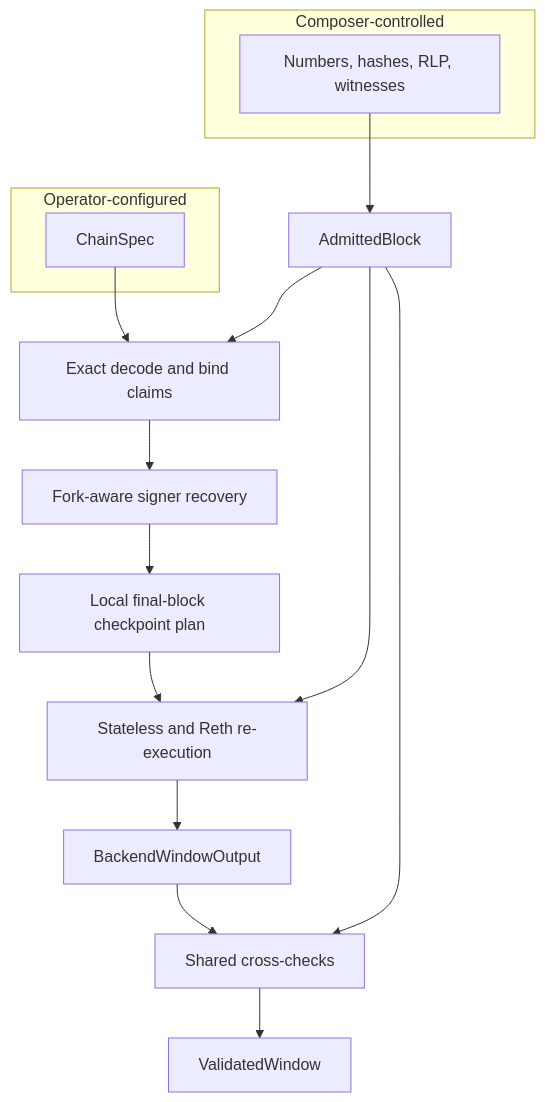
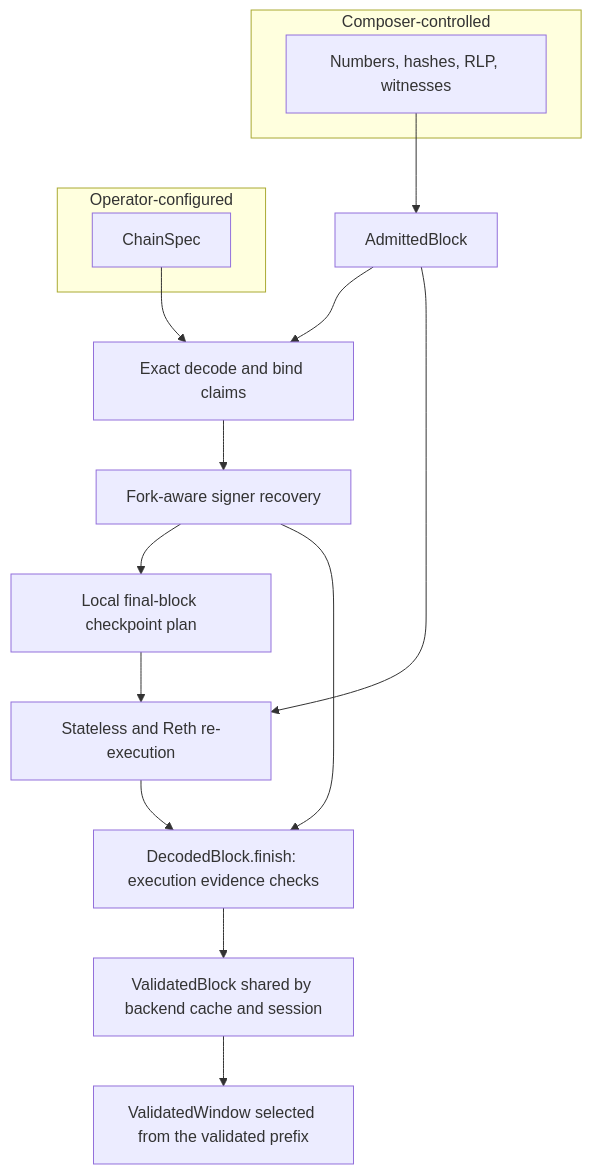
The diagram in crates/eez-proof-signer/docs/validation-evidence.md (eez-association/eez-rollup0), drawn with Mermaid before and after one commit. The commit also changed other lines of this file and 18 other files, not shown here.

````diff
--- a/crates/eez-proof-signer/docs/validation-evidence.md
+++ b/crates/eez-proof-signer/docs/validation-evidence.md
@@ -16,22 +16,22 @@
 ```mermaid
 flowchart TB
     subgraph composer["Composer-controlled"]
         IN[Numbers, hashes, RLP, witnesses]
     end
     subgraph operator["Operator-configured"]
         CHAIN[ChainSpec]
     end
 
     IN --> A[AdmittedBlock]
     A --> BIND[Exact decode and bind claims]
     CHAIN --> BIND
     BIND --> RECOVER[Fork-aware signer recovery]
     RECOVER --> PLAN[Local final-block checkpoint plan]
     PLAN --> EXEC[Stateless and Reth re-execution]
     A --> EXEC
 
-    EXEC --> REPORT[BackendWindowOutput]
-    REPORT --> CHECK[Shared cross-checks]
-    A --> CHECK
-    CHECK --> VW[ValidatedWindow]
+    EXEC --> CHECK[DecodedBlock.finish: execution evidence checks]
+    RECOVER --> CHECK
+    CHECK --> VB[ValidatedBlock shared by backend cache and session]
+    VB --> VW[ValidatedWindow selected from the validated prefix]
 ```
````
